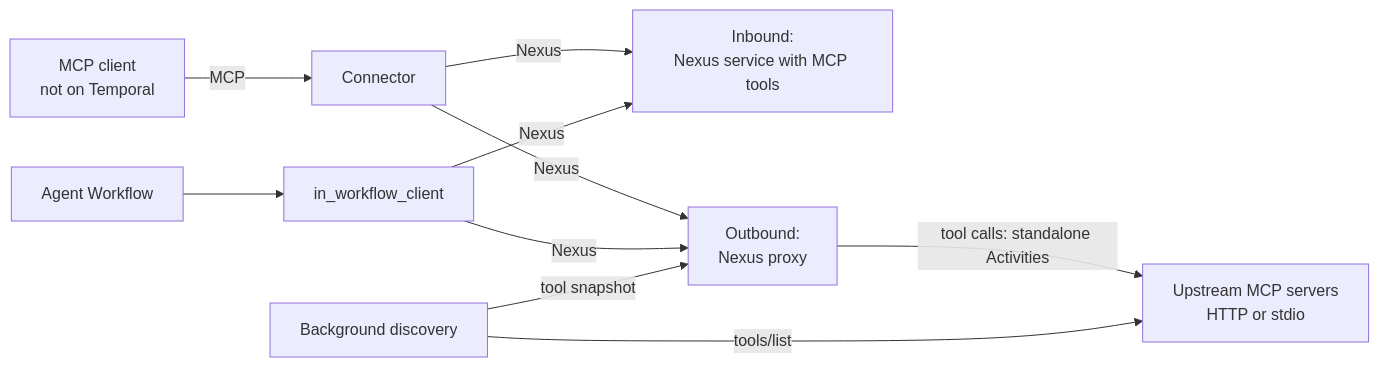
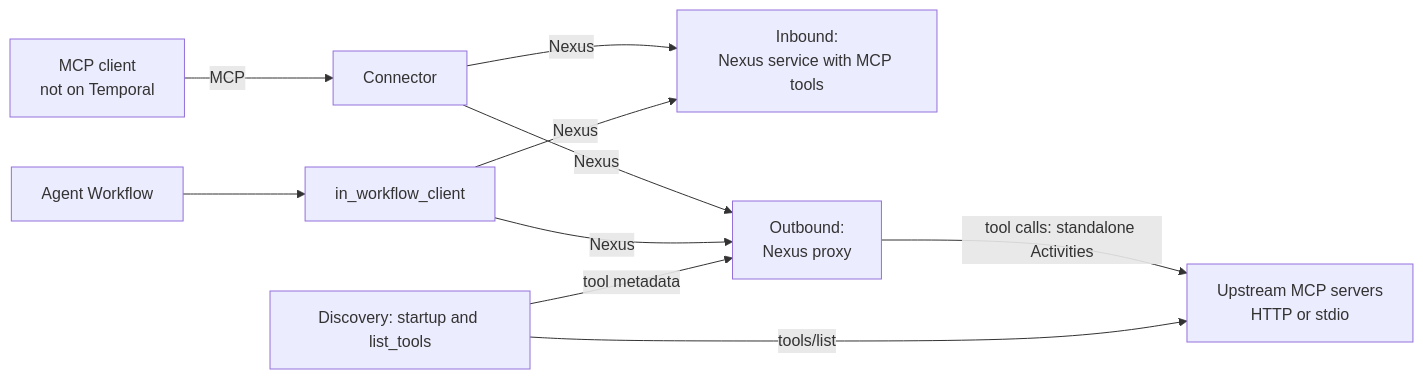
Before and after one commit to long-nt-tran/durable-mcp-connector: the diagram in README.md, drawn with Mermaid. The commit also changed other lines of this file and 22 other files, not shown here.

````diff
--- a/README.md
+++ b/README.md
@@ -12,12 +12,12 @@
 ```mermaid
 flowchart LR
   C["MCP client<br>not on Temporal"] -->|"MCP"| K["Connector"]
   W["Agent Workflow"] --> A["in_workflow_client"]
   K -->|"Nexus"| S["Inbound:<br>Nexus service with MCP tools"]
   A -->|"Nexus"| S
   K -->|"Nexus"| P["Outbound:<br>Nexus proxy"]
   A -->|"Nexus"| P
   P -->|"tool calls: standalone Activities"| U["Upstream MCP servers<br>HTTP or stdio"]
-  D["Background discovery"] -->|"tools/list"| U
-  D -->|"tool snapshot"| P
+  D["Discovery: startup and list_tools"] -->|"tools/list"| U
+  D -->|"tool metadata"| P
 ```
````
